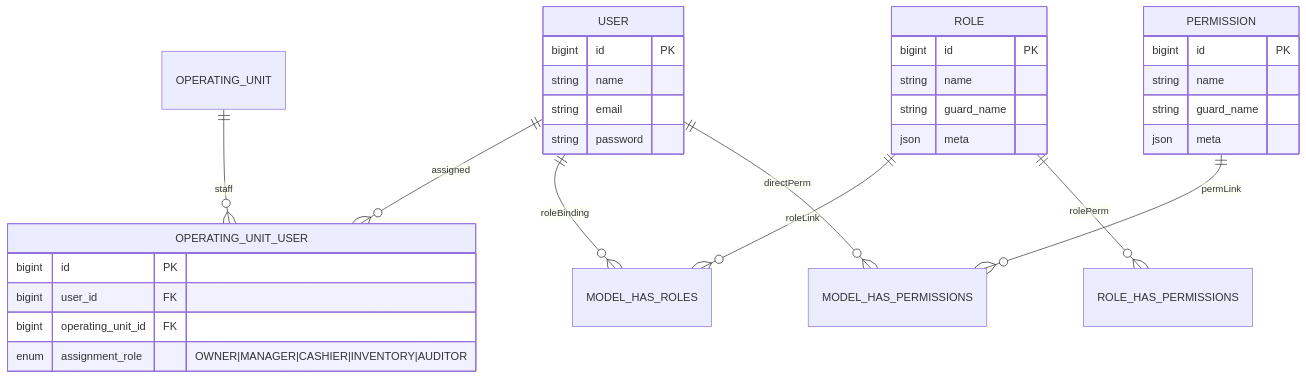
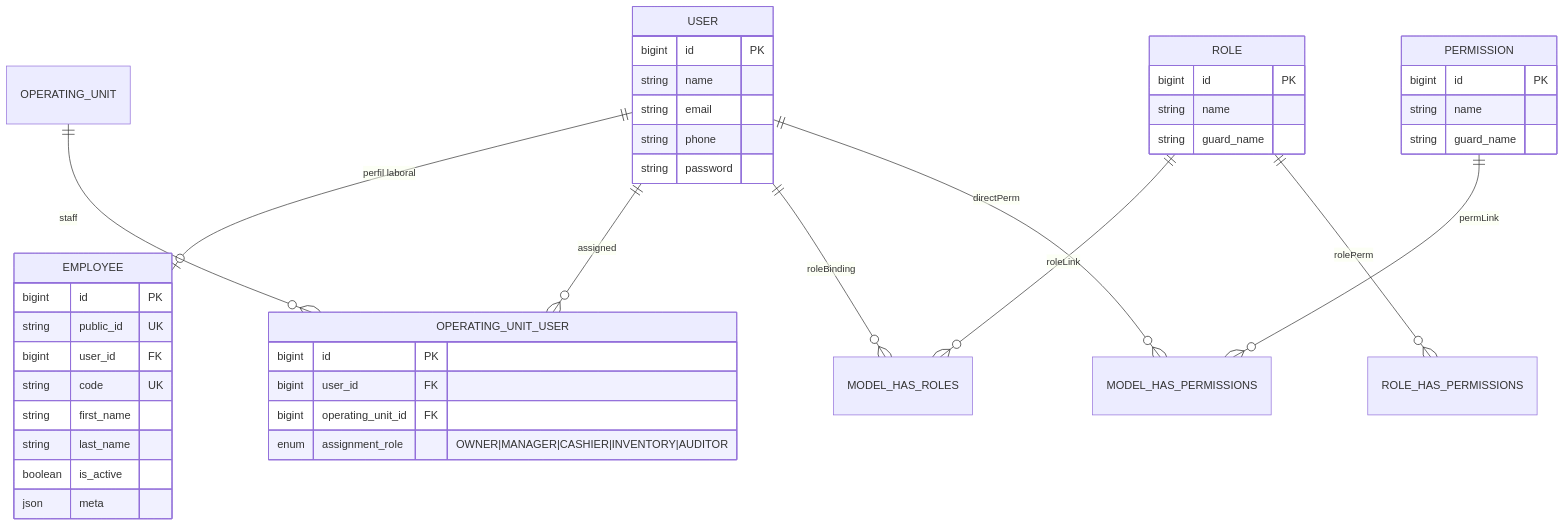
One commit to pakodiazdev/sushigo changed the first of 3 diagrams in doc/architecture/security-and-user-system-architecture.es.md. Above: the diagram before and after it, drawn with Mermaid. The commit also changed other lines of this file and 31 other files, not shown here.

````diff
--- a/doc/architecture/security-and-user-system-architecture.es.md
+++ b/doc/architecture/security-and-user-system-architecture.es.md
@@ -22,38 +35,49 @@
 ```mermaid
 erDiagram
+  USER ||--o| EMPLOYEE : "perfil laboral"
   USER ||--o{ OPERATING_UNIT_USER : assigned
   OPERATING_UNIT ||--o{ OPERATING_UNIT_USER : staff
   USER ||--o{ MODEL_HAS_ROLES : roleBinding
   ROLE ||--o{ MODEL_HAS_ROLES : roleLink
   USER ||--o{ MODEL_HAS_PERMISSIONS : directPerm
   PERMISSION ||--o{ MODEL_HAS_PERMISSIONS : permLink
   ROLE ||--o{ ROLE_HAS_PERMISSIONS : rolePerm
 
   USER {
     bigint id PK
     string name
     string email
+    string phone
     string password
+  }
+
+  EMPLOYEE {
+    bigint id PK
+    string public_id UK
+    bigint user_id FK
+    string code UK
+    string first_name
+    string last_name
+    boolean is_active
+    json meta
   }
 
   OPERATING_UNIT_USER {
     bigint id PK
     bigint user_id FK
     bigint operating_unit_id FK
     enum assignment_role "OWNER|MANAGER|CASHIER|INVENTORY|AUDITOR"
   }
 
   ROLE {
     bigint id PK
     string name
     string guard_name
-    json meta
   }
 
   PERMISSION {
     bigint id PK
     string name
     string guard_name
-    json meta
   }
 ```
````
